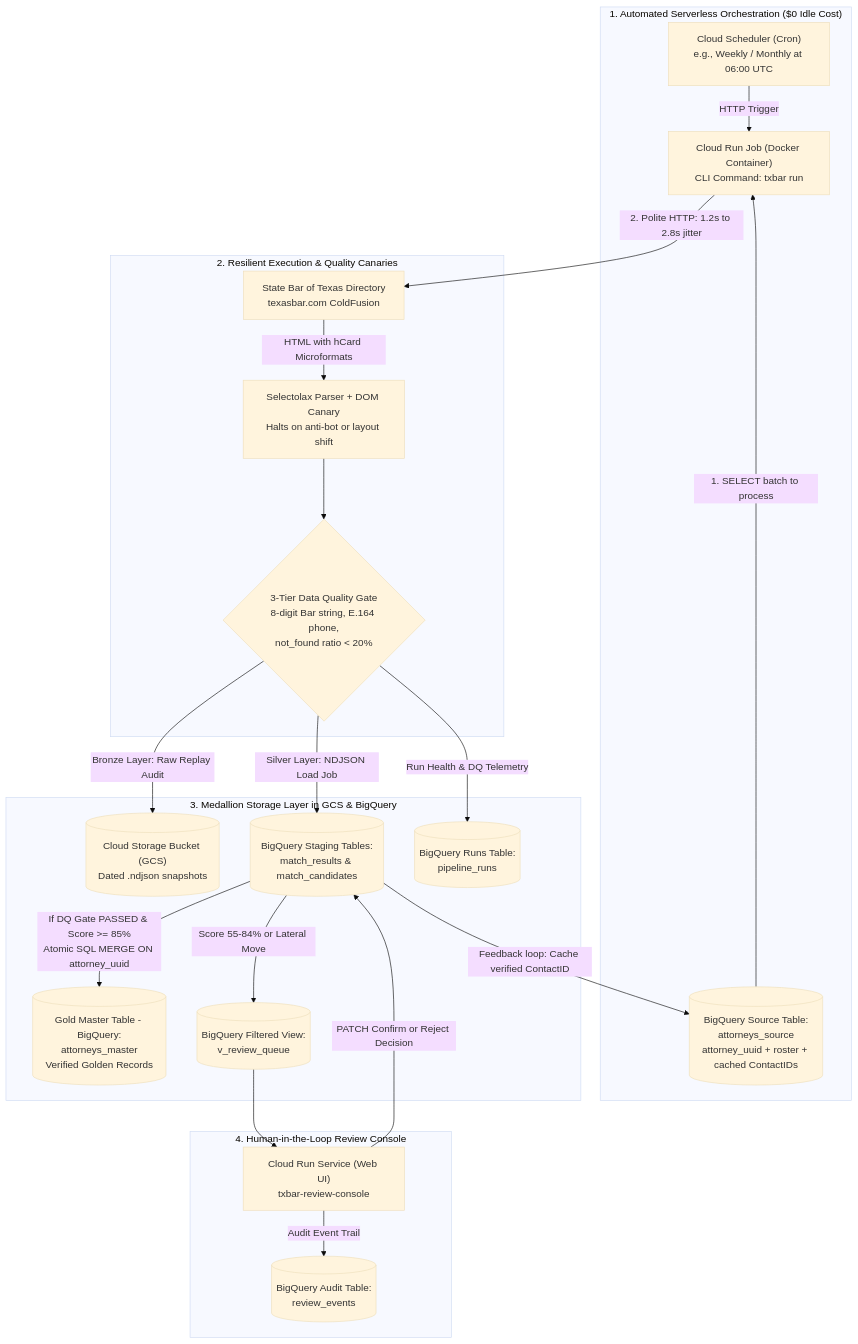
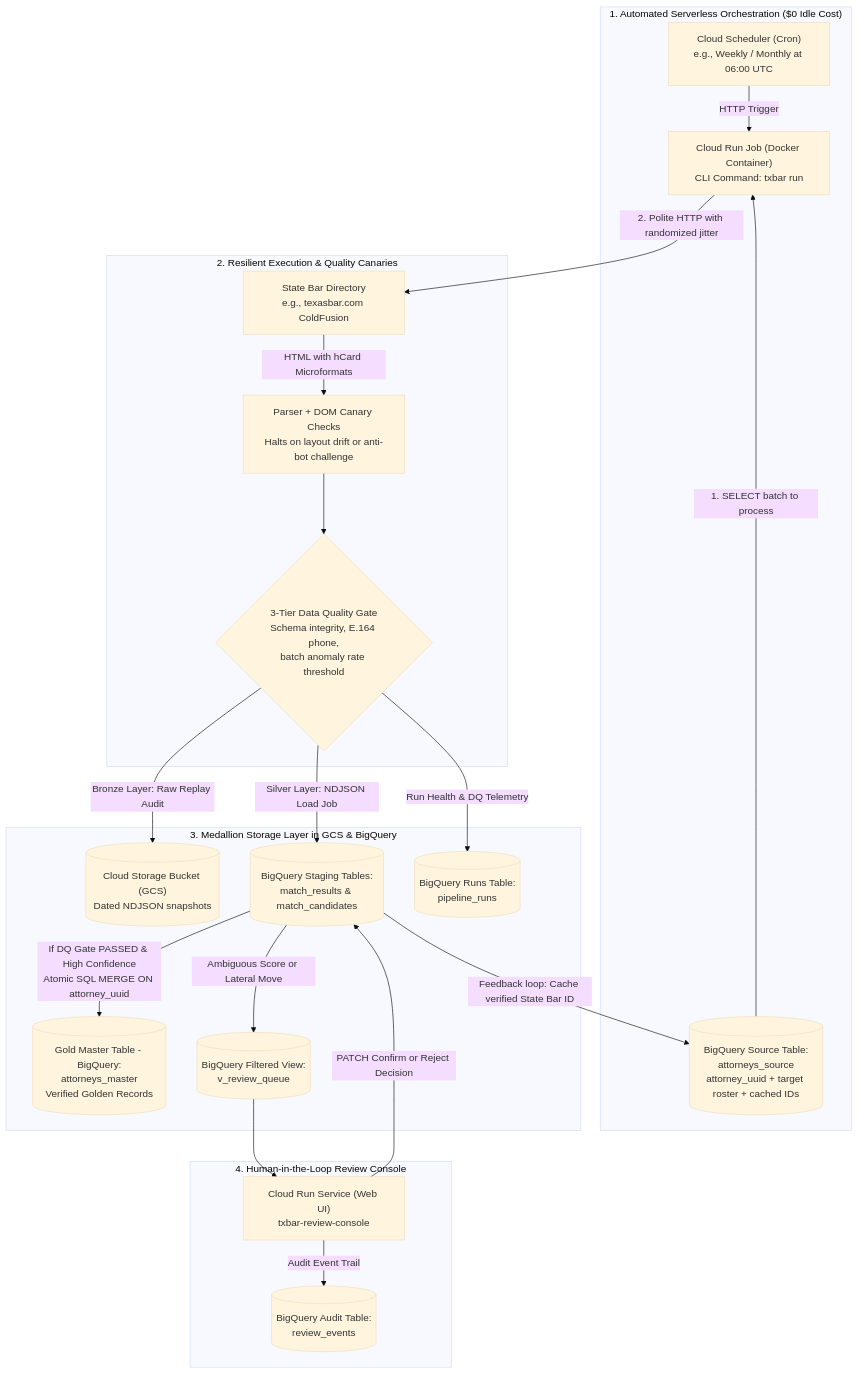
One commit to zebok/attorney-scrapper changed the fourth of 4 diagrams in docs/DIAGRAMS_EN.md. Above: the diagram before and after it, drawn with Mermaid (base theme). The commit also changed other lines of this file and 8 other files, not shown here.

````diff
--- a/docs/DIAGRAMS_EN.md
+++ b/docs/DIAGRAMS_EN.md
@@ -128,29 +129,29 @@
 ```mermaid
 flowchart TD
     subgraph Trigger["1. Automated Serverless Orchestration ($0 Idle Cost)"]
         CRON["Cloud Scheduler (Cron)<br/>e.g., Weekly / Monthly at 06:00 UTC"] -->|"HTTP Trigger"| JOB["Cloud Run Job (Docker Container)<br/>CLI Command: txbar run"]
-        BQS[("BigQuery Source Table:<br/>attorneys_source<br/>attorney_uuid + roster + cached ContactIDs")] -->|"1. SELECT batch to process"| JOB
+        BQS[("BigQuery Source Table:<br/>attorneys_source<br/>attorney_uuid + target roster + cached IDs")] -->|"1. SELECT batch to process"| JOB
     end
 
     subgraph Execution["2. Resilient Execution & Quality Canaries"]
-        JOB -->|"2. Polite HTTP: 1.2s to 2.8s jitter"| WEB["State Bar of Texas Directory<br/>texasbar.com ColdFusion"]
-        WEB -->|"HTML with hCard Microformats"| PARSE["Selectolax Parser + DOM Canary<br/>Halts on anti-bot or layout shift"]
-        PARSE --> DQ{"3-Tier Data Quality Gate<br/>8-digit Bar string, E.164 phone,<br/>not_found ratio < 20%"}
+        JOB -->|"2. Polite HTTP with randomized jitter"| WEB["State Bar Directory<br/>e.g., texasbar.com ColdFusion"]
+        WEB -->|"HTML with hCard Microformats"| PARSE["Parser + DOM Canary Checks<br/>Halts on layout drift or anti-bot challenge"]
+        PARSE --> DQ{"3-Tier Data Quality Gate<br/>Schema integrity, E.164 phone,<br/>batch anomaly rate threshold"}
     end
 
     subgraph Medallion["3. Medallion Storage Layer in GCS & BigQuery"]
-        DQ -->|"Bronze Layer: Raw Replay Audit"| GCS[("Cloud Storage Bucket (GCS)<br/>Dated .ndjson snapshots")]
+        DQ -->|"Bronze Layer: Raw Replay Audit"| GCS[("Cloud Storage Bucket (GCS)<br/>Dated NDJSON snapshots")]
         DQ -->|"Silver Layer: NDJSON Load Job"| BQR[("BigQuery Staging Tables:<br/>match_results & match_candidates")]
         DQ -->|"Run Health & DQ Telemetry"| BQP[("BigQuery Runs Table:<br/>pipeline_runs")]
         
-        BQR -->|"If DQ Gate PASSED & Score >= 85%<br/>Atomic SQL MERGE ON attorney_uuid"| BQM[("Gold Master Table - BigQuery:<br/>attorneys_master<br/>Verified Golden Records")]
-        BQR -->|"Feedback loop: Cache verified ContactID"| BQS
-        BQR -->|"Score 55-84% or Lateral Move"| BQV[("BigQuery Filtered View:<br/>v_review_queue")]
+        BQR -->|"If DQ Gate PASSED & High Confidence<br/>Atomic SQL MERGE ON attorney_uuid"| BQM[("Gold Master Table - BigQuery:<br/>attorneys_master<br/>Verified Golden Records")]
+        BQR -->|"Feedback loop: Cache verified State Bar ID"| BQS
+        BQR -->|"Ambiguous Score or Lateral Move"| BQV[("BigQuery Filtered View:<br/>v_review_queue")]
     end
 
     subgraph HITL["4. Human-in-the-Loop Review Console"]
         BQV --> UI["Cloud Run Service (Web UI)<br/>txbar-review-console"]
         UI -->|"PATCH Confirm or Reject Decision"| BQR
         UI -->|"Audit Event Trail"| BQE[("BigQuery Audit Table:<br/>review_events")]
     end
 ```
````
